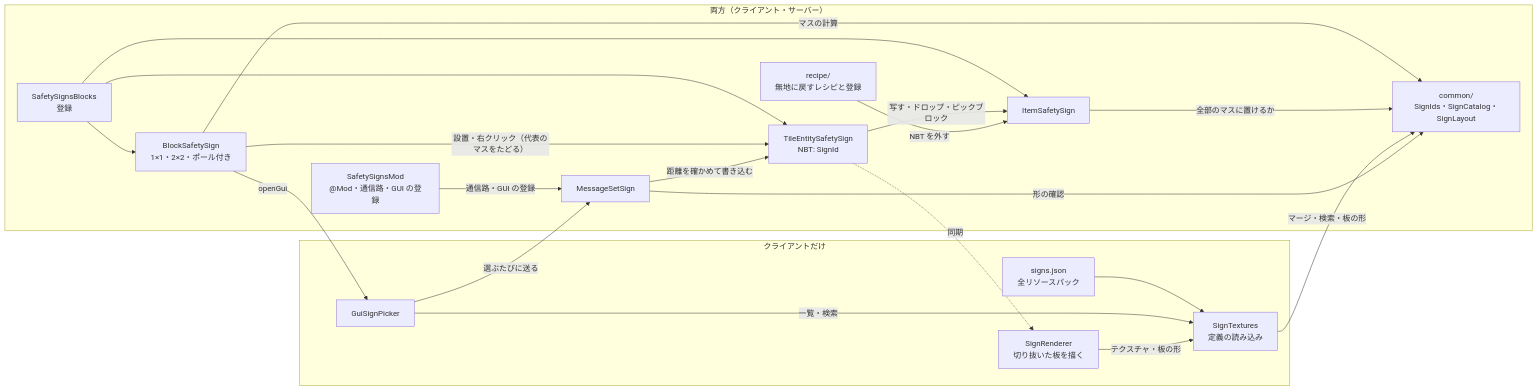
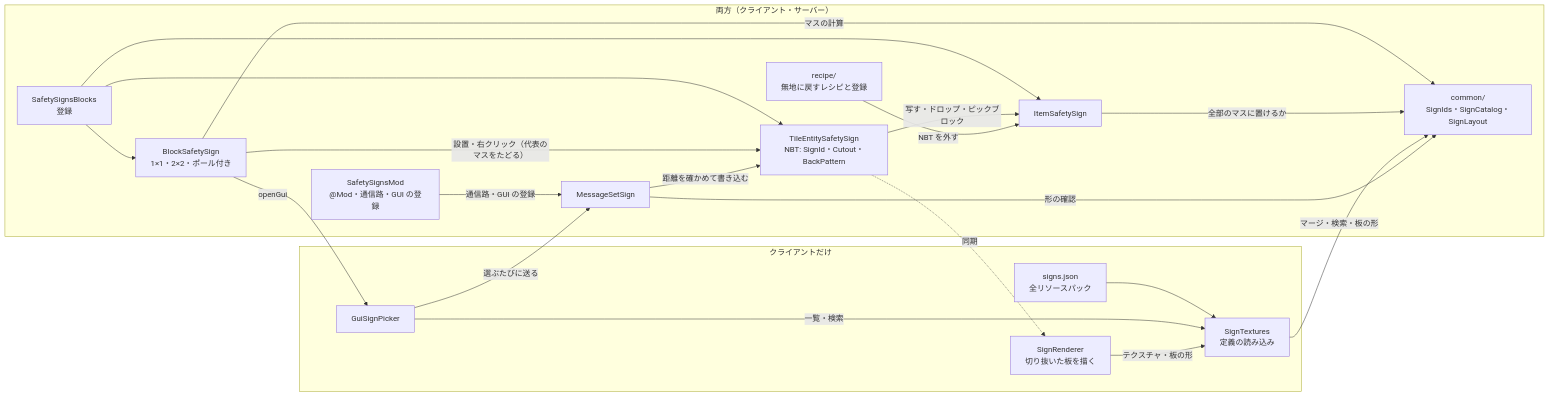
Before and after one commit to zeusisgood/safetysigns: the first of 2 diagrams in doc/architecture.md, drawn with Mermaid. The commit also changed other lines of this file and 21 other files, not shown here.

First line of the commit message:
Add per-sign cutout and back face options to the pattern picker

````diff
--- a/doc/architecture.md
+++ b/doc/architecture.md
@@ -32,37 +32,37 @@
 ```mermaid
 flowchart LR
     subgraph Both["両方（クライアント・サーバー）"]
         Mod["SafetySignsMod<br/>@Mod・通信路・GUI の登録"]
         Reg["SafetySignsBlocks<br/>登録"]
         Block["BlockSafetySign<br/>1×1・2×2・ポール付き"]
         Item["ItemSafetySign"]
-        TE["TileEntitySafetySign<br/>NBT: SignId"]
+        TE["TileEntitySafetySign<br/>NBT: SignId・Cutout・BackPattern"]
         Msg["MessageSetSign"]
         Common["common/<br/>SignIds・SignCatalog・SignLayout"]
         Recipe["recipe/<br/>無地に戻すレシピと登録"]
     end
     subgraph Client["クライアントだけ"]
         Tex["SignTextures<br/>定義の読み込み"]
         Json["signs.json<br/>全リソースパック"]
         Render["SignRenderer<br/>切り抜いた板を描く"]
         Gui["GuiSignPicker"]
     end
     Mod -- 通信路・GUI の登録 --> Msg
     Reg --> Block
     Reg --> Item
     Reg --> TE
     Block -->|"設置・右クリック（代表のマスをたどる）"| TE
     Block -- マスの計算 --> Common
     Item -- 全部のマスに置けるか --> Common
     TE -- 写す・ドロップ・ピックブロック --> Item
     Recipe -- NBT を外す --> Item
     Block -- openGui --> Gui
     Json --> Tex
     Tex -- マージ・検索・板の形 --> Common
     Gui -- 一覧・検索 --> Tex
     Gui -- 選ぶたびに送る --> Msg
     Msg -- 形の確認 --> Common
     Msg -- 距離を確かめて書き込む --> TE
     TE -. 同期 .-> Render
     Render -- テクスチャ・板の形 --> Tex
 ```
````
